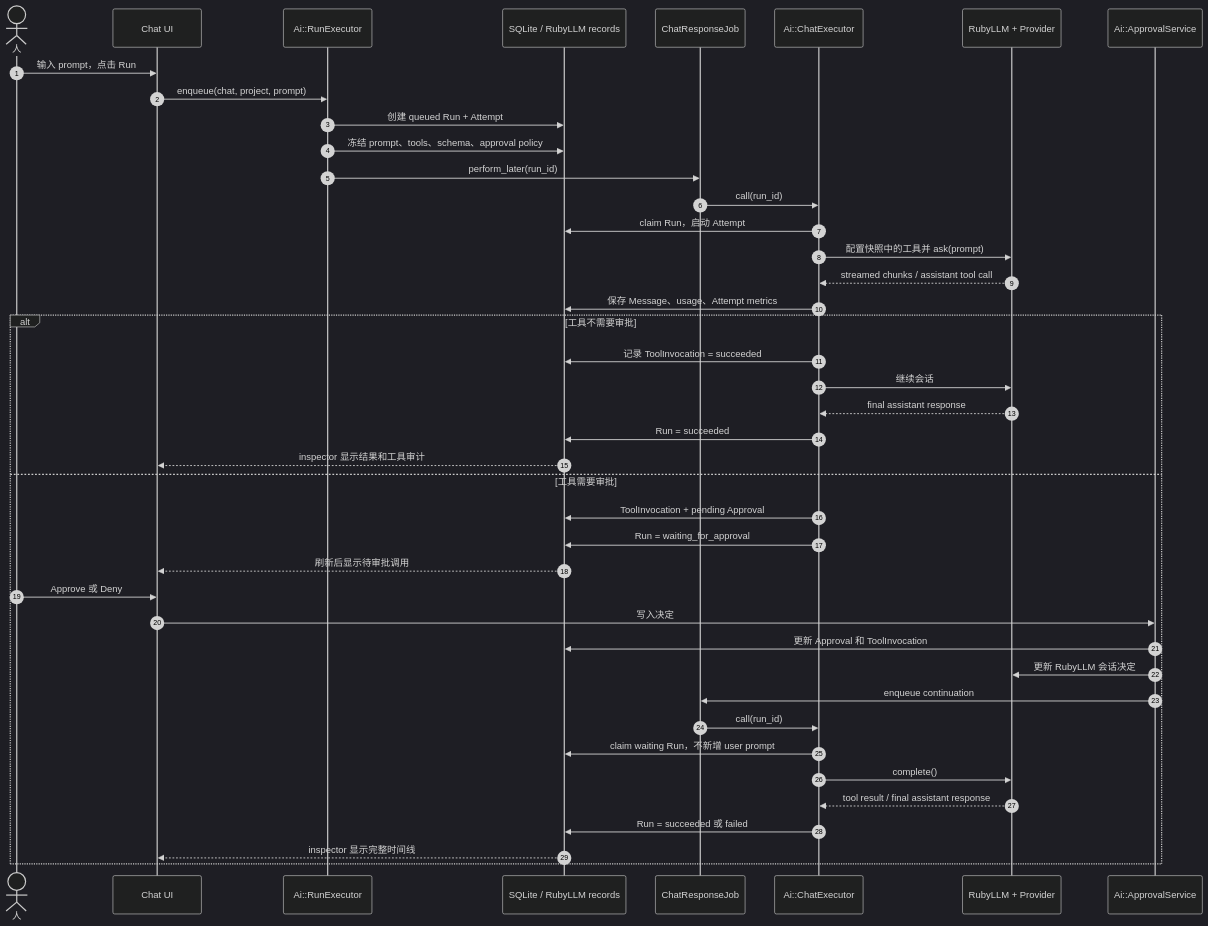
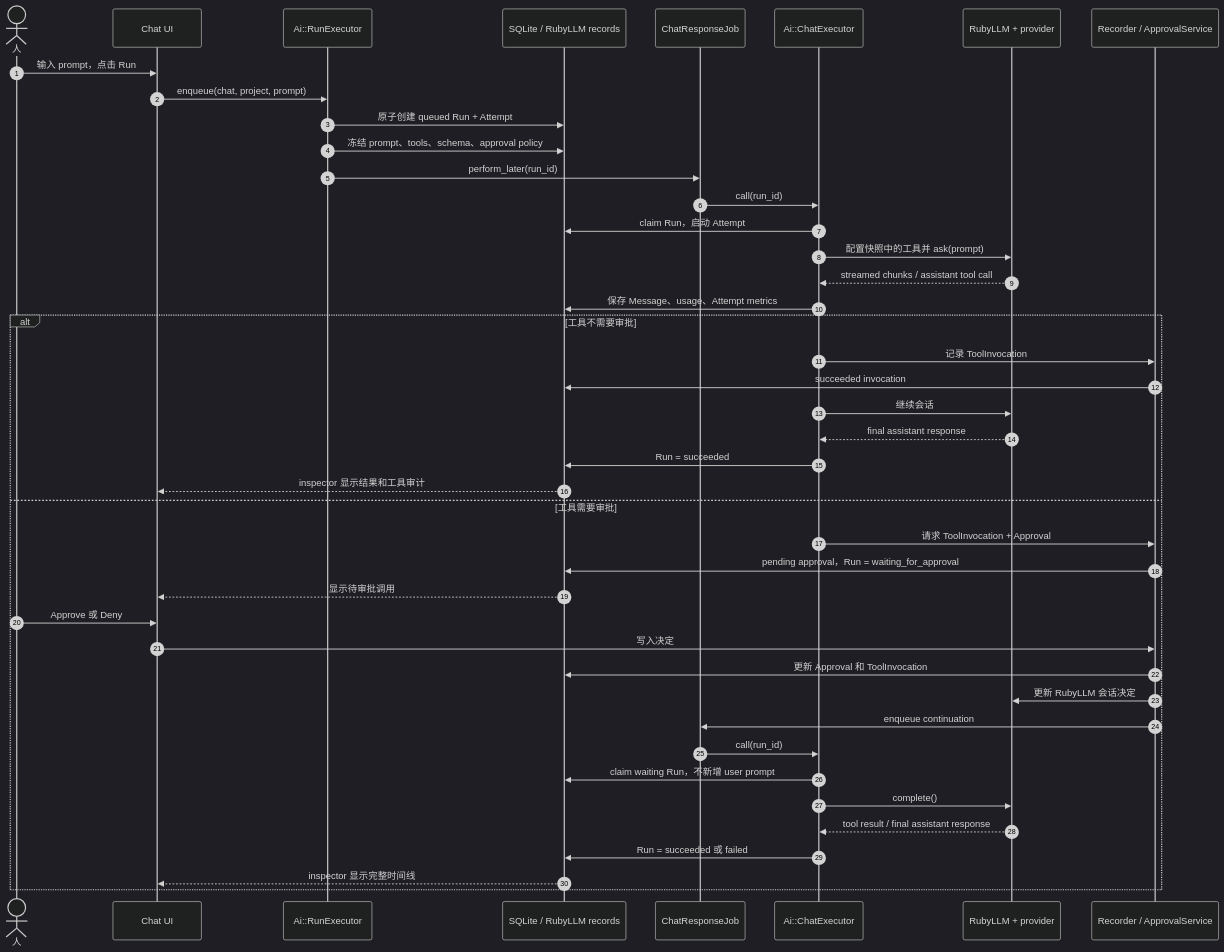
Before and after one commit to yorzi/rubyllm-workbench: the fifth of 7 diagrams in docs/ARCHITECTURE.md, drawn with Mermaid (dark theme). The commit also changed other lines of this file and 8 other files, not shown here.

````diff
--- a/docs/ARCHITECTURE.md
+++ b/docs/ARCHITECTURE.md
@@ -85,46 +218,47 @@
 ```mermaid
 sequenceDiagram
     autonumber
     actor Human as 人
     participant UI as Chat UI
     participant RE as Ai::RunExecutor
     participant DB as SQLite / RubyLLM records
     participant Q as ChatResponseJob
     participant CE as Ai::ChatExecutor
-    participant LLM as RubyLLM + Provider
-    participant AS as Ai::ApprovalService
+    participant LLM as RubyLLM + provider
+    participant Audit as Recorder / ApprovalService
 
     Human->>UI: 输入 prompt，点击 Run
     UI->>RE: enqueue(chat, project, prompt)
-    RE->>DB: 创建 queued Run + Attempt
+    RE->>DB: 原子创建 queued Run + Attempt
     RE->>DB: 冻结 prompt、tools、schema、approval policy
     RE->>Q: perform_later(run_id)
     Q->>CE: call(run_id)
     CE->>DB: claim Run，启动 Attempt
     CE->>LLM: 配置快照中的工具并 ask(prompt)
     LLM-->>CE: streamed chunks / assistant tool call
     CE->>DB: 保存 Message、usage、Attempt metrics
 
     alt 工具不需要审批
-        CE->>DB: 记录 ToolInvocation = succeeded
+        CE->>Audit: 记录 ToolInvocation
+        Audit->>DB: succeeded invocation
         CE->>LLM: 继续会话
         LLM-->>CE: final assistant response
         CE->>DB: Run = succeeded
         DB-->>UI: inspector 显示结果和工具审计
     else 工具需要审批
-        CE->>DB: ToolInvocation + pending Approval
-        CE->>DB: Run = waiting_for_approval
-        DB-->>UI: 刷新后显示待审批调用
+        CE->>Audit: 请求 ToolInvocation + Approval
+        Audit->>DB: pending approval，Run = waiting_for_approval
+        DB-->>UI: 显示待审批调用
         Human->>UI: Approve 或 Deny
-        UI->>AS: 写入决定
-        AS->>DB: 更新 Approval 和 ToolInvocation
-        AS->>LLM: 更新 RubyLLM 会话决定
-        AS->>Q: enqueue continuation
+        UI->>Audit: 写入决定
+        Audit->>DB: 更新 Approval 和 ToolInvocation
+        Audit->>LLM: 更新 RubyLLM 会话决定
+        Audit->>Q: enqueue continuation
         Q->>CE: call(run_id)
         CE->>DB: claim waiting Run，不新增 user prompt
         CE->>LLM: complete()
         LLM-->>CE: tool result / final assistant response
         CE->>DB: Run = succeeded 或 failed
         DB-->>UI: inspector 显示完整时间线
     end
 ```
````
